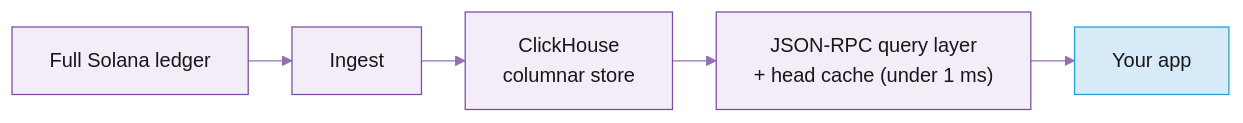
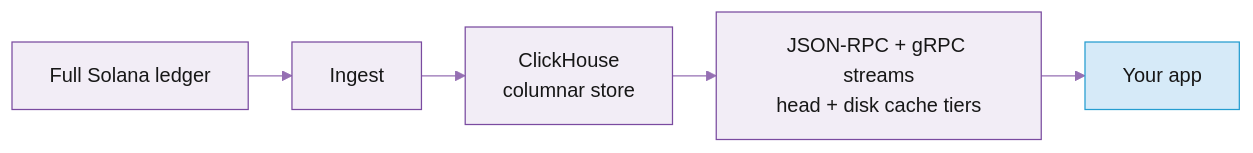
Before and after one commit to praptisharma28/triton-docs-v5: the diagram in documentation/historical-data.md, drawn with Mermaid. The commit also changed other lines of this file, not shown here.

Commit message:
docs(historical): restructure per canon (intro rewrite, Features cards, How it works w/ cache tiers + gRPC streams, Supported methods complete list, gTFA accordions + example tabs)

````diff
--- a/documentation/historical-data.md
+++ b/documentation/historical-data.md
@@ -62,6 +41,6 @@
 ```mermaid
 %%{init: {'theme':'base','themeVariables':{'primaryColor':'#F2EDF6','primaryBorderColor':'#7A4BA0','primaryTextColor':'#171717','lineColor':'#956FB3','secondaryColor':'#E4DBEC','tertiaryColor':'#D7C9E3','edgeLabelBackground':'#F2EDF6'},'flowchart':{'nodeSpacing':20,'rankSpacing':35,'curve':'linear'}}}%%
 flowchart LR
-    ledger["Full Solana ledger"] --> ingest["Ingest"] --> ch["ClickHouse<br/>columnar store"] --> q["JSON-RPC query layer<br/>+ head cache (under 1 ms)"] --> you["Your app"]
+    ledger["Full Solana ledger"] --> ingest["Ingest"] --> ch["ClickHouse<br/>columnar store"] --> q["JSON-RPC + gRPC streams<br/>head + disk cache tiers"] --> you["Your app"]
     style you fill:#D6EAF8,stroke:#259DD0
 ```
````
